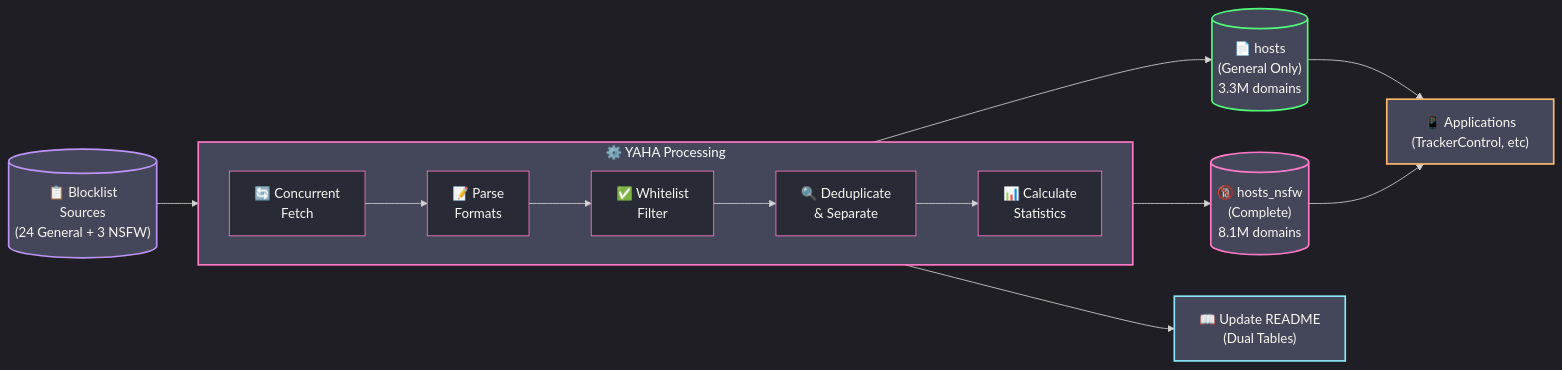
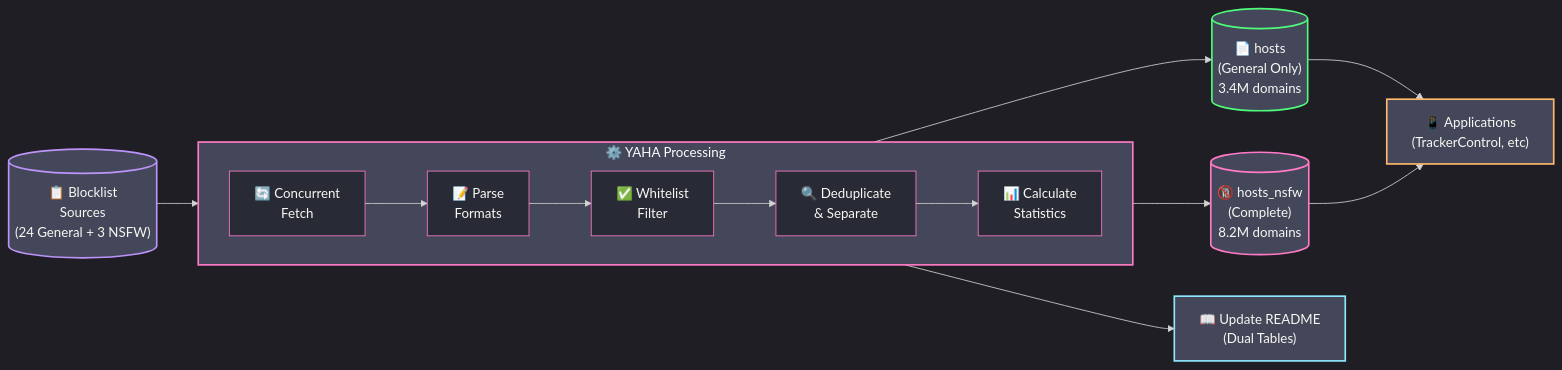
One commit to scottdraper8/yaha changed the diagram in README.md. Above: the diagram before and after it, drawn with Mermaid. The commit also changed other lines of this file, not shown here.

Commit message:
Update blocklist stats: 3368223 general / 8162444 with NSFW [automated]

````diff
--- a/README.md
+++ b/README.md
@@ -42,36 +42,36 @@
 ```mermaid
 %%{init: {'theme': 'dark', 'themeVariables': {
     'primaryColor': '#ff79c6',
     'secondaryColor': '#bd93f9',
     'tertiaryColor': '#44475a',
     'mainBkg': '#282a36',
     'nodeBorder': '#ff79c6',
     'clusterBkg': '#44475a',
     'clusterBorder': '#bd93f9',
     'textColor': '#f8f8f2'
 }}}%%
 flowchart LR
     Sources[("📋 Blocklist<br/>Sources<br/>(24 General + 3 NSFW)")] --> Fetch
 
     subgraph Process["⚙️ YAHA Processing"]
         direction LR
         Fetch["🔄 Concurrent<br/>Fetch"] --> Parse["📝 Parse<br/>Formats"]
         Parse --> Filter["✅ Whitelist<br/>Filter"]
         Filter --> Dedupe["🔍 Deduplicate<br/>& Separate"]
         Dedupe --> Stats["📊 Calculate<br/>Statistics"]
     end
 
-    Stats --> Output1[("📄 hosts<br/>(General Only)<br/>3.3M domains")]
-    Stats --> Output2[("🔞 hosts_nsfw<br/>(Complete)<br/>8.1M domains")]
+    Stats --> Output1[("📄 hosts<br/>(General Only)<br/>3.4M domains")]
+    Stats --> Output2[("🔞 hosts_nsfw<br/>(Complete)<br/>8.2M domains")]
     Stats --> README["📖 Update README<br/>(Dual Tables)"]
 
     Output1 --> Apps["📱 Applications<br/>(TrackerControl, etc)"]
     Output2 --> Apps
 
     style Sources fill:#44475a,stroke:#bd93f9,stroke-width:2px
     style Process fill:#44475a,stroke:#ff79c6,stroke-width:2px
     style Output1 fill:#44475a,stroke:#50fa7b,stroke-width:2px
     style Output2 fill:#44475a,stroke:#ff79c6,stroke-width:2px
     style README fill:#44475a,stroke:#8be9fd,stroke-width:2px
     style Apps fill:#44475a,stroke:#ffb86c,stroke-width:2px
 ```
````
